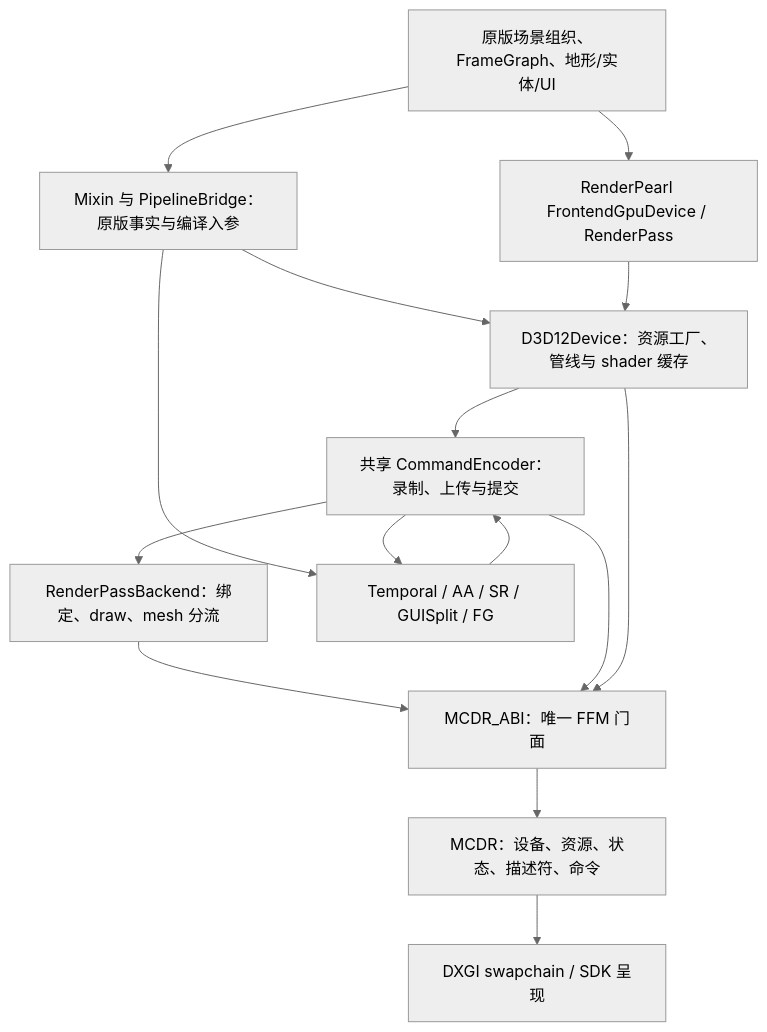
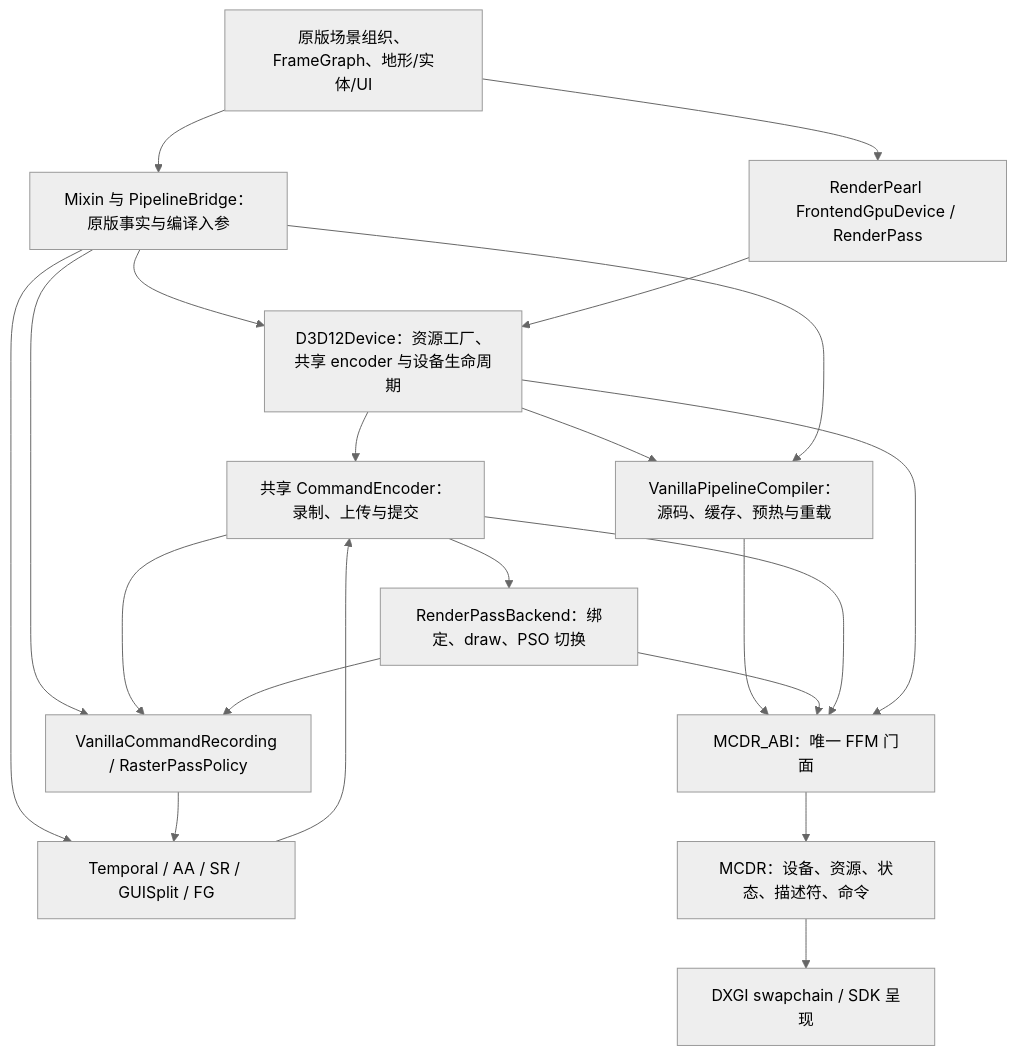
Before and after one commit to DXEGP/Illusion: the diagram in docs/misc/vanilla-d3d12-architecture.md, drawn with Mermaid (neutral theme). The commit also changed other lines of this file and 268 other files, not shown here.

Commit message:
perf: work graphs part i

````diff
--- a/docs/misc/vanilla-d3d12-architecture.md
+++ b/docs/misc/vanilla-d3d12-architecture.md
@@ -10,27 +10,35 @@
 ```mermaid
 flowchart TD
     MC[原版场景组织、FrameGraph、地形/实体/UI]
     Front[RenderPearl FrontendGpuDevice / RenderPass]
     Compat[Mixin 与 PipelineBridge：原版事实与编译入参]
-    Device[D3D12Device：资源工厂、管线与 shader 缓存]
+    Device[D3D12Device：资源工厂、共享 encoder 与设备生命周期]
+    Compiler[VanillaPipelineCompiler：源码、缓存、预热与重载]
     Encoder[共享 CommandEncoder：录制、上传与提交]
-    Pass[RenderPassBackend：绑定、draw、mesh 分流]
+    Pass[RenderPassBackend：绑定、draw、PSO 切换]
+    Recording[VanillaCommandRecording / RasterPassPolicy]
     Business[Temporal / AA / SR / GUISplit / FG]
     ABI[MCDR_ABI：唯一 FFM 门面]
     Native[MCDR：设备、资源、状态、描述符、命令]
     Present[DXGI swapchain / SDK 呈现]
     MC --> Front
     MC --> Compat
     Compat --> Device
     Front --> Device
     Device --> Encoder
+    Device --> Compiler
+    Compat --> Compiler
+    Compiler --> ABI
     Encoder --> Pass
     Compat --> Business
     Business --> Encoder
-    Encoder --> Business
+    Compat --> Recording
+    Recording --> Business
+    Encoder --> Recording
+    Pass --> Recording
     Pass --> ABI
     Encoder --> ABI
     Device --> ABI
     ABI --> Native
     Native --> Present
 ```
````
